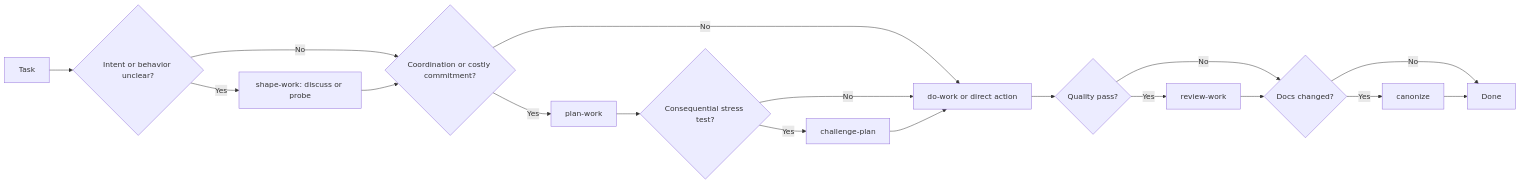
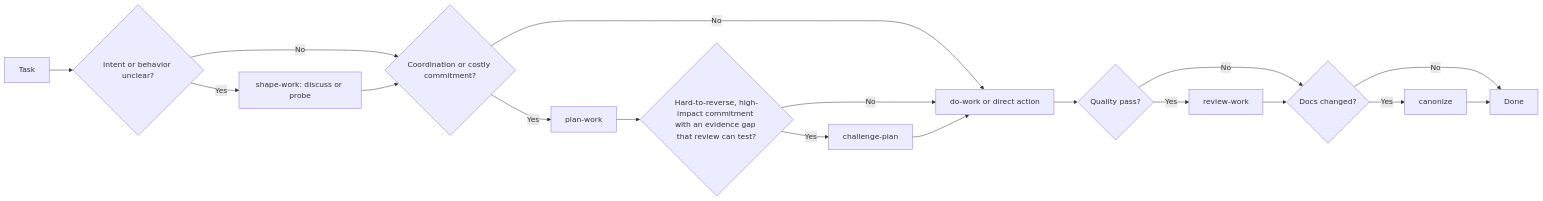
Before and after one commit to morochena/skills: the diagram in README.md, drawn with Mermaid. The commit also changed other lines of this file and 2 other files, not shown here.

````diff
--- a/README.md
+++ b/README.md
@@ -128,20 +131,20 @@
 ```mermaid
 flowchart LR
   A["Task"] --> U{"Intent or behavior unclear?"}
   U -->|"Yes"| SH["shape-work: discuss or probe"]
   U -->|"No"| C{"Coordination or costly commitment?"}
   SH --> C
   C -->|"Yes"| P["plan-work"]
   C -->|"No"| DW["do-work or direct action"]
-  P --> CP{"Consequential stress test?"}
+  P --> CP{"Hard-to-reverse, high-impact commitment with an evidence gap that review can test?"}
   CP -->|"Yes"| CH["challenge-plan"]
   CP -->|"No"| DW
   CH --> DW
   DW --> R{"Quality pass?"}
   R -->|"Yes"| RW["review-work"]
   R -->|"No"| DC{"Docs changed?"}
   RW --> DC
   DC -->|"Yes"| CZ["canonize"]
   DC -->|"No"| Done["Done"]
   CZ --> Done
 ```
````
